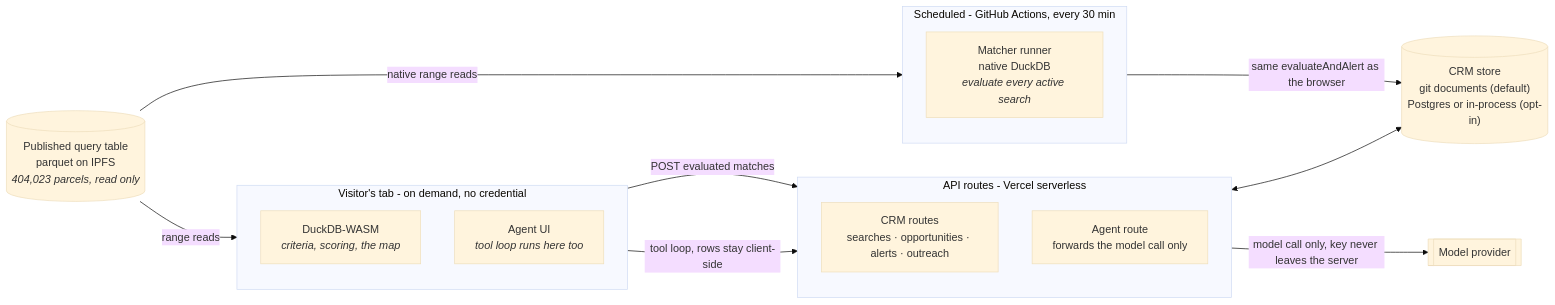
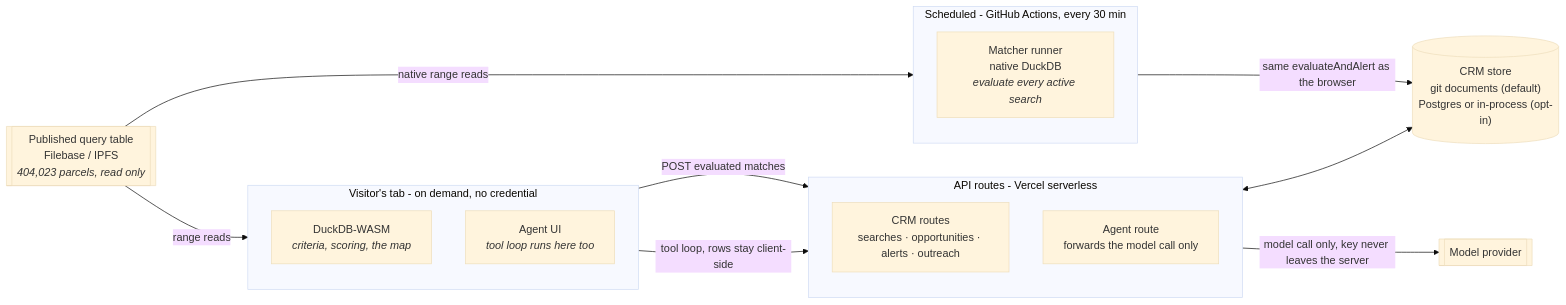
Before and after one commit to m-ratnikov/residential-jax-crm: the second of 10 diagrams in docs/ARCHITECTURE.md, drawn with Mermaid (base theme).

Commit message:
docs: give the published query table its external-system shape in the container diagram
Section 2 drew it as a cylinder labeled only "parquet on IPFS," which both
undersold the dependency (no Filebase name, unlike section 1's context
diagram) and used the wrong shape per this doc's own legend: a cylinder is a
data store this application owns, a double-edged box is a system outside its
control. This application never writes to that parquet - the pipeline repo
does - so it gets the same external-system shape and the same Filebase name
section 1 already gives it.

````diff
--- a/docs/ARCHITECTURE.md
+++ b/docs/ARCHITECTURE.md
@@ -56,32 +56,32 @@
 ```mermaid
 flowchart LR
-    pq[("Published query table<br/>parquet on IPFS<br/><i>404,023 parcels, read only</i>")]
+    pq[["Published query table<br/>Filebase / IPFS<br/><i>404,023 parcels, read only</i>"]]
 
     subgraph browser ["Visitor's tab - on demand, no credential"]
         direction TB
         wasm["DuckDB-WASM<br/><i>criteria, scoring, the map</i>"]
         agentui["Agent UI<br/><i>tool loop runs here too</i>"]
     end
 
     subgraph scheduled ["Scheduled - GitHub Actions, every 30 min"]
         direction TB
         matcher["Matcher runner<br/>native DuckDB<br/><i>evaluate every active search</i>"]
     end
 
     subgraph api ["API routes - Vercel serverless"]
         direction TB
         crmapi["CRM routes<br/>searches · opportunities · alerts · outreach"]
         agentroute["Agent route<br/>forwards the model call only"]
     end
 
     store[("CRM store<br/>git documents (default)<br/>Postgres or in-process (opt-in)")]
     llm[["Model provider"]]
 
     pq -->|range reads| wasm
     pq -->|native range reads| matcher
     wasm -->|POST evaluated matches| crmapi
     matcher -->|same evaluateAndAlert as the browser| store
     crmapi <--> store
     agentui -->|tool loop, rows stay client-side| agentroute
     agentroute -->|model call only, key never leaves the server| llm
 ```
````
